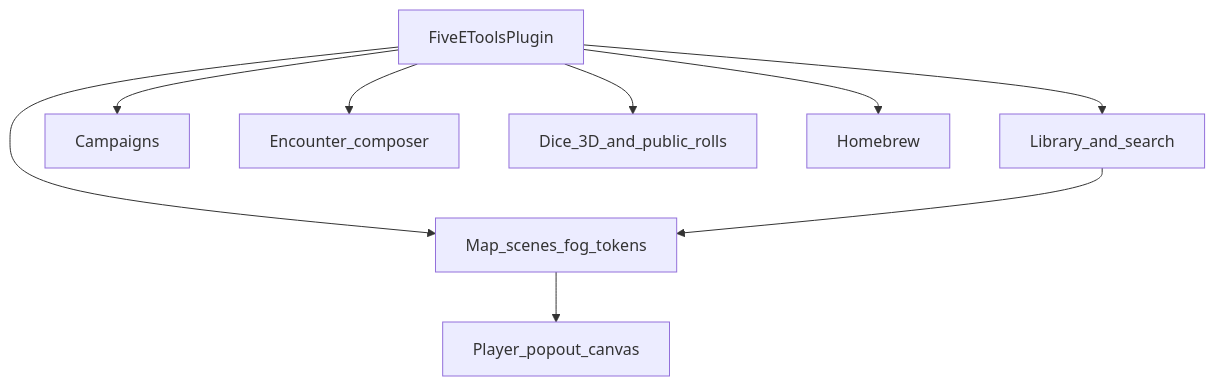
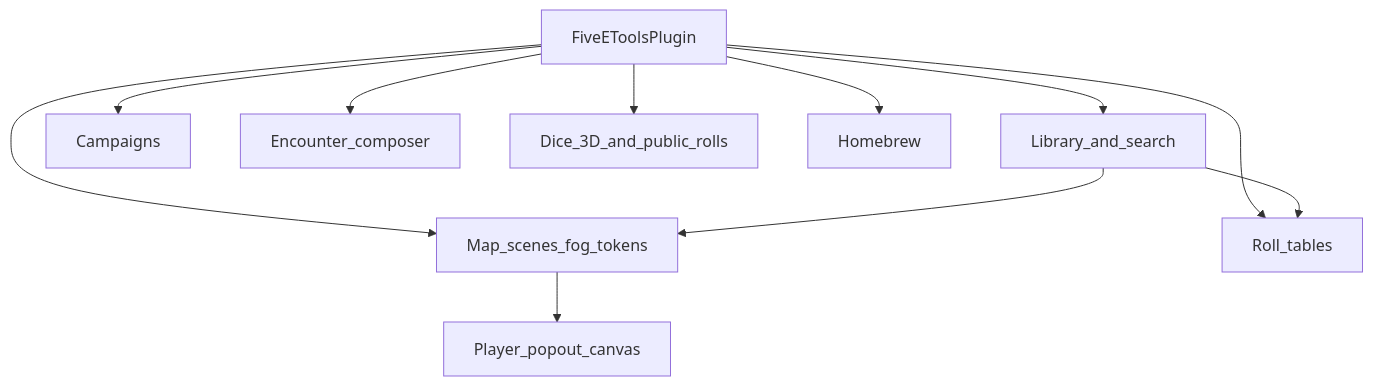
Before and after one commit to remideboer/5e-tools-obsidian: the third of 3 diagrams in docs/architecture.md, drawn with Mermaid. The commit also changed other lines of this file and 14 other files, not shown here.

First line of the commit message:
feat(obsidian): add Roll tables tool

````diff
--- a/docs/architecture.md
+++ b/docs/architecture.md
@@ -65,12 +67,14 @@
 ```mermaid
 flowchart TB
   plugin[FiveEToolsPlugin]
   plugin --> library[Library_and_search]
   plugin --> map[Map_scenes_fog_tokens]
   plugin --> campaign[Campaigns]
   plugin --> encounter[Encounter_composer]
+  plugin --> rolltables[Roll_tables]
   plugin --> dice[Dice_3D_and_public_rolls]
   plugin --> brew[Homebrew]
   library --> map
+  library --> rolltables
   map --> player[Player_popout_canvas]
 ```
````
